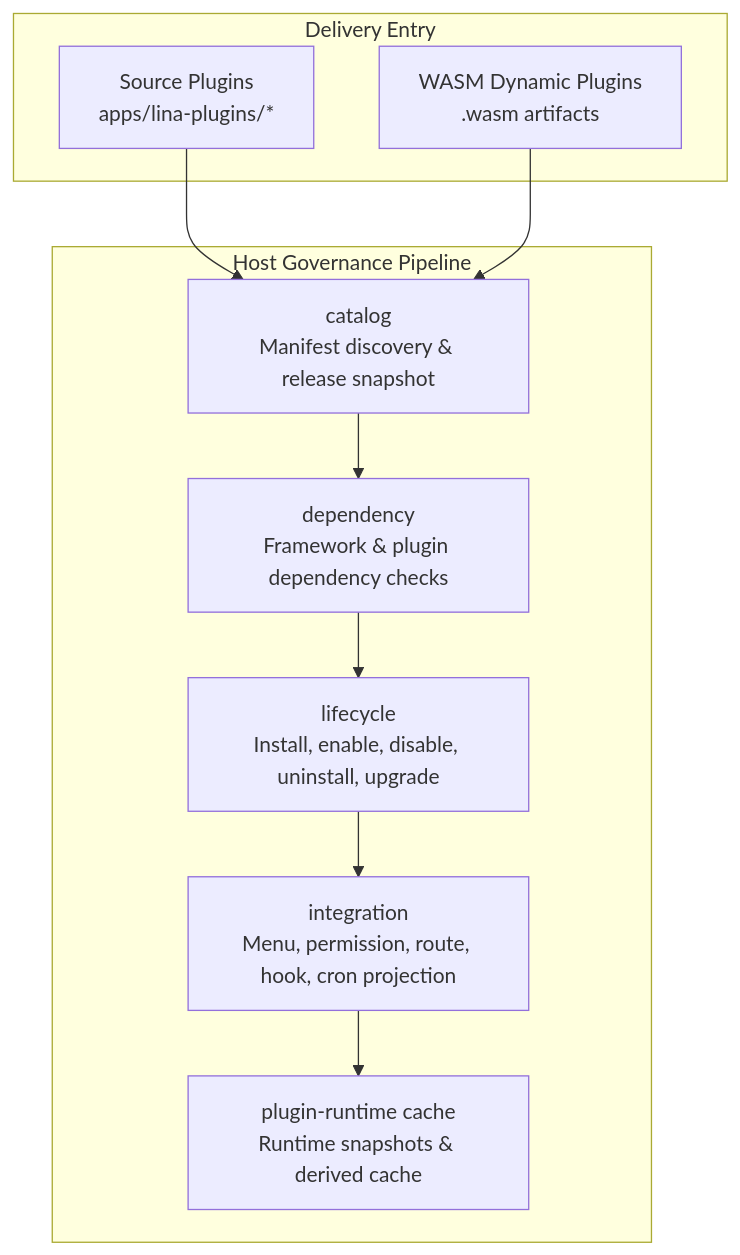
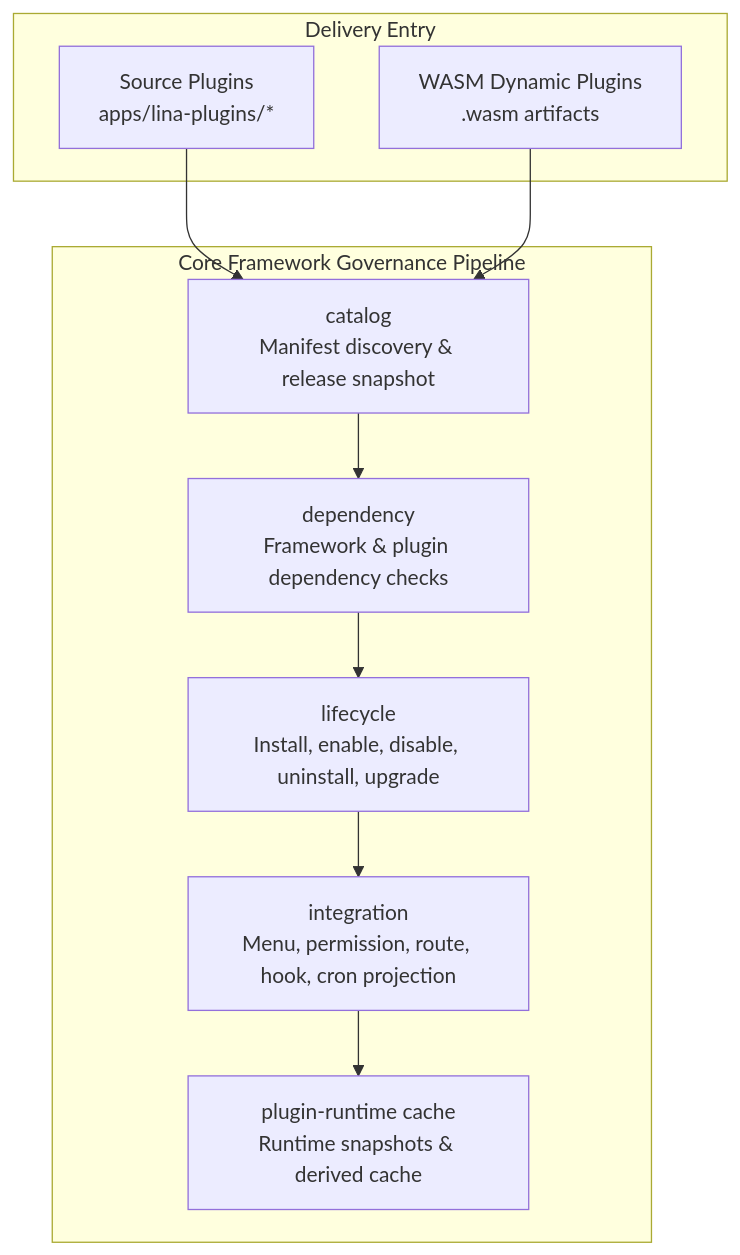
One commit to linaproai/linapro-site changed the first of 2 diagrams in apps/lina-site/i18n/en/docusaurus-plugin-content-docs/current/docs/2000-components/5000-plugin-system/5000-plugin-system.md. Above: the diagram before and after it, drawn with Mermaid. The commit also changed other lines of this file and 93 other files, not shown here.

````diff
--- a/apps/lina-site/i18n/en/docusaurus-plugin-content-docs/current/docs/2000-components/5000-plugin-system/5000-plugin-system.md
+++ b/apps/lina-site/i18n/en/docusaurus-plugin-content-docs/current/docs/2000-components/5000-plugin-system/5000-plugin-system.md
@@ -65,22 +65,22 @@
 ```mermaid
 flowchart TD
     subgraph Delivery["Delivery Entry"]
         Source["Source Plugins<br/>apps/lina-plugins/*"]
         Dynamic["WASM Dynamic Plugins<br/>.wasm artifacts"]
     end
 
-    subgraph Pipeline["Host Governance Pipeline"]
+    subgraph Pipeline["Core Framework Governance Pipeline"]
         Catalog["catalog<br/>Manifest discovery & release snapshot"]
         Dependency["dependency<br/>Framework & plugin dependency checks"]
         Lifecycle["lifecycle<br/>Install, enable, disable, uninstall, upgrade"]
         Integration["integration<br/>Menu, permission, route, hook, cron projection"]
         Cache["plugin-runtime cache<br/>Runtime snapshots & derived cache"]
     end
 
     Source --> Catalog
     Dynamic --> Catalog
     Catalog --> Dependency
     Dependency --> Lifecycle
     Lifecycle --> Integration
     Integration --> Cache
 ```
````
